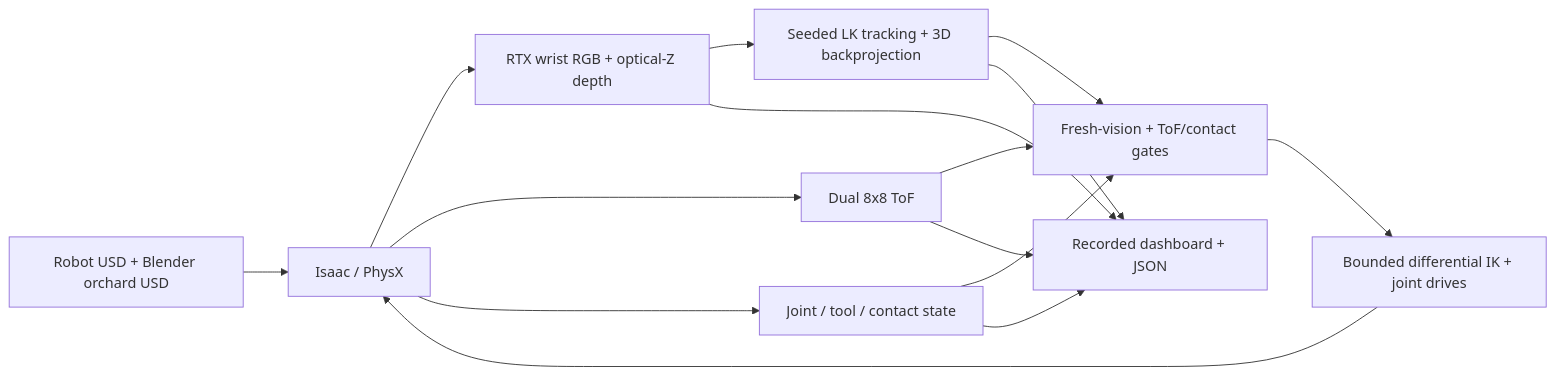
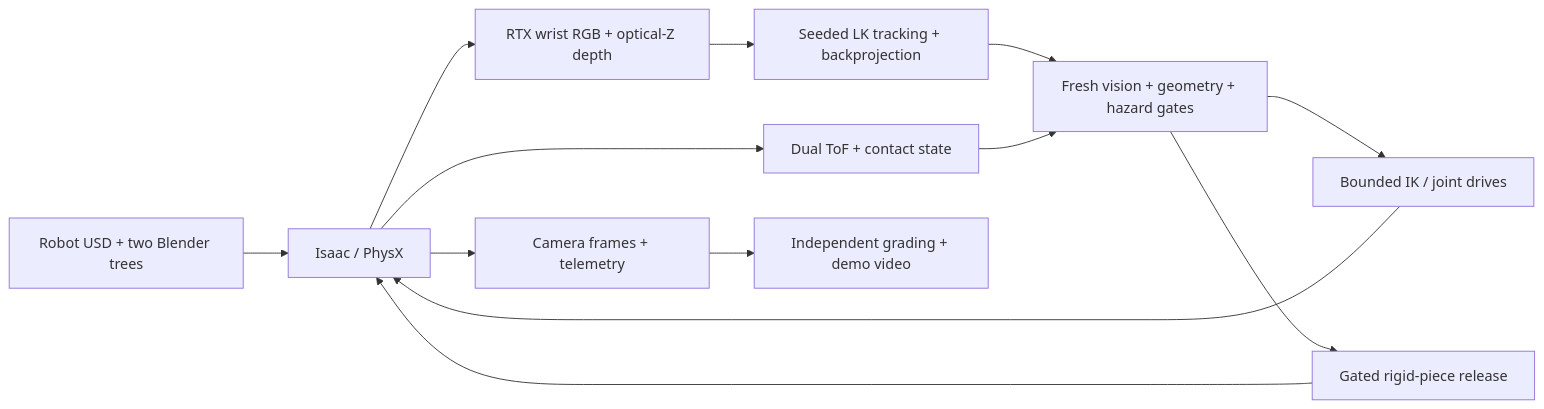
The diagram in README.md (joses2017smjh/isaac-sim-pruning-workflow), drawn with Mermaid before and after one commit. The commit also changed other lines of this file and 17 other files, not shown here.

````diff
--- a/README.md
+++ b/README.md
@@ -65,17 +70,15 @@
 ```mermaid
 flowchart LR
-    G[Robot USD + Blender orchard USD] --> P[Isaac / PhysX]
+    A[Robot USD + two Blender trees] --> P[Isaac / PhysX]
     P --> R[RTX wrist RGB + optical-Z depth]
-    R --> V[Seeded LK tracking + 3D backprojection]
-    V --> S[Fresh-vision + ToF/contact gates]
-    P --> T[Dual 8x8 ToF]
-    T --> S
-    P --> J[Joint / tool / contact state]
-    J --> S
-    S --> I[Bounded differential IK + joint drives]
-    I --> P
-    R --> D[Recorded dashboard + JSON]
-    V --> D
-    T --> D
-    J --> D
+    R --> V[Seeded LK tracking + backprojection]
+    P --> T[Dual ToF + contact state]
+    V --> G[Fresh vision + geometry + hazard gates]
+    T --> G
+    G --> C[Bounded IK / joint drives]
+    C --> P
+    G --> X[Gated rigid-piece release]
+    X --> P
+    P --> D[Camera frames + telemetry]
+    D --> E[Independent grading + demo video]
 ```
````
